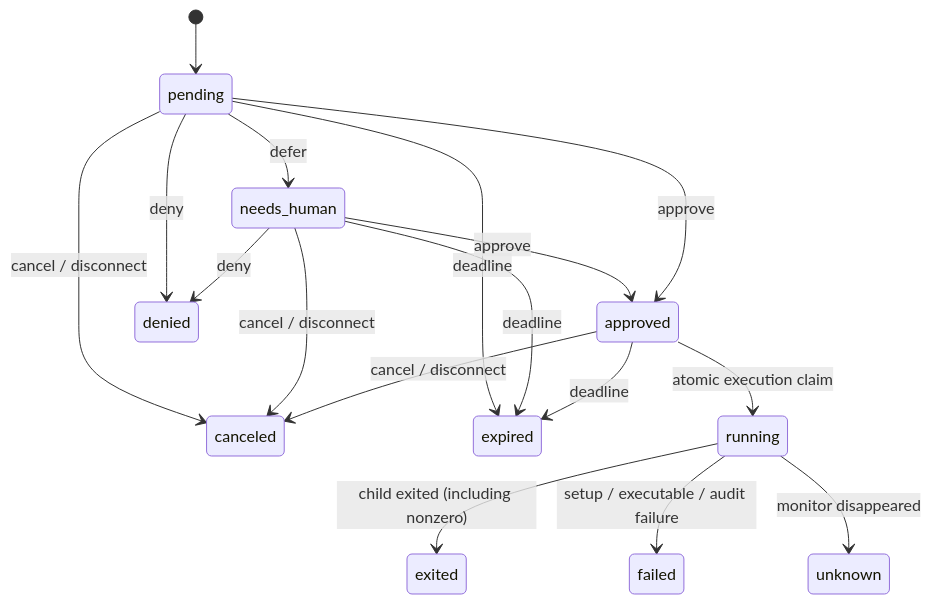
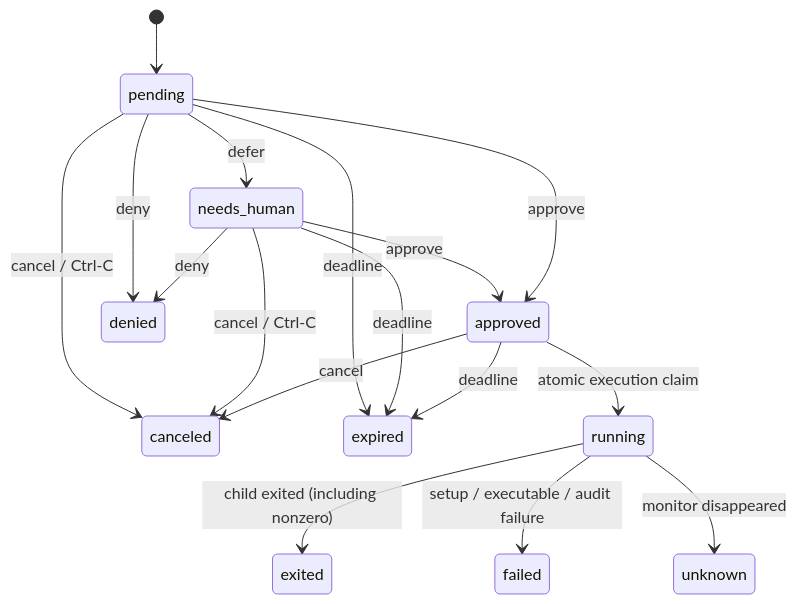
The diagram in docs/protocol.md (agyard/agsudo), drawn with Mermaid before and after one commit. The commit also changed other lines of this file and 30 other files, not shown here.

````diff
--- a/docs/protocol.md
+++ b/docs/protocol.md
@@ -32,19 +29,19 @@
 ```mermaid
 stateDiagram-v2
     [*] --> pending
     pending --> needs_human: defer
     needs_human --> approved: approve
     pending --> approved: approve
     pending --> denied: deny
     needs_human --> denied: deny
-    pending --> canceled: cancel / disconnect
-    needs_human --> canceled: cancel / disconnect
-    approved --> canceled: cancel / disconnect
+    pending --> canceled: cancel / Ctrl-C
+    needs_human --> canceled: cancel / Ctrl-C
+    approved --> canceled: cancel
     pending --> expired: deadline
     needs_human --> expired: deadline
     approved --> expired: deadline
     approved --> running: atomic execution claim
     running --> exited: child exited (including nonzero)
     running --> failed: setup / executable / audit failure
     running --> unknown: monitor disappeared
 ```
````
